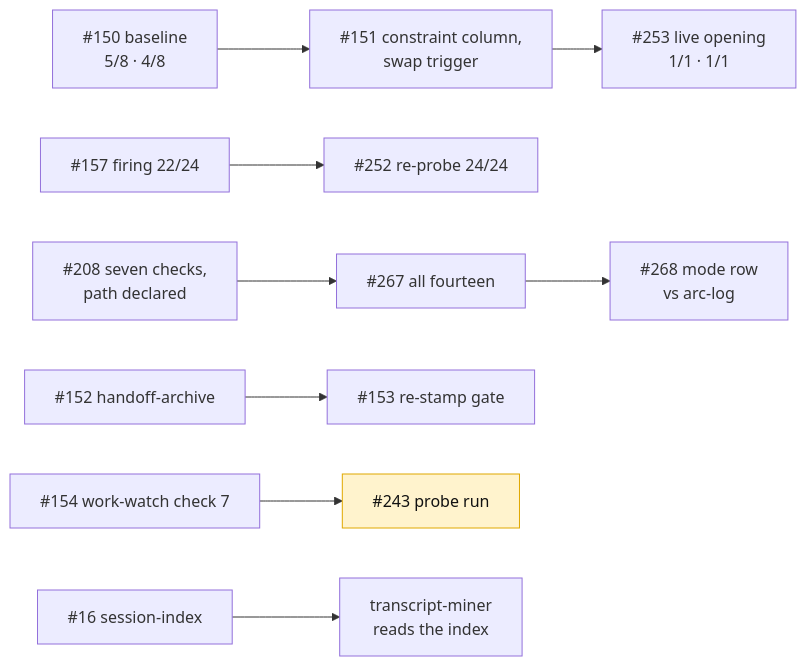
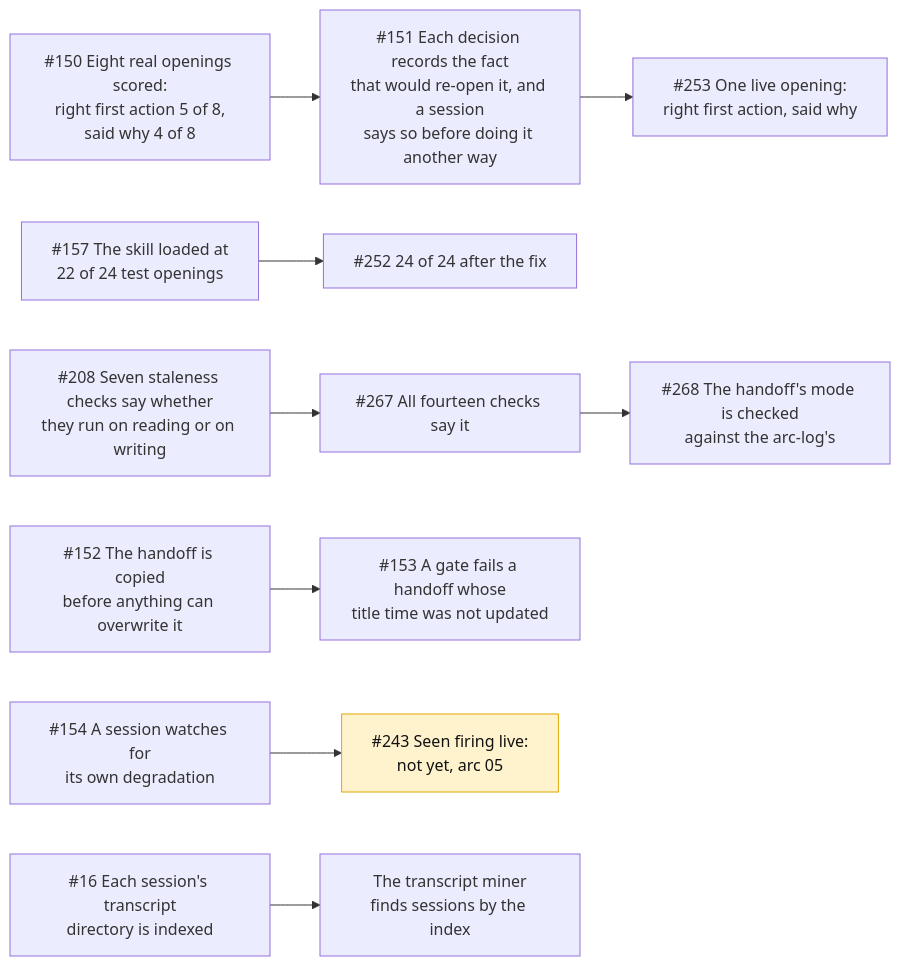
Before and after one commit to Calyx-Engineering/arc: the fifth of 7 diagrams in docs/arc-log/arc-04-dogfood.md, drawn with Mermaid. The commit also changed other lines of this file and 1 other file, not shown here.

Commit message:
docs: Handoff's report links its workstream issue and names the m32 opt-out (#146)
The Workstream line links #146, and run-instructions' report shape carries
the link so the other reports inherit it. Item 8 says this published
repository ignores the session index (#320). Three lines that repeated the
report's own tables are cut, and the diagram's nodes read as sentences.
verify-report-budget: 6.4 Handoff 472 words, 8 passed.

````diff
--- a/docs/arc-log/arc-04-dogfood.md
+++ b/docs/arc-log/arc-04-dogfood.md
@@ -439,11 +436,11 @@
 ```mermaid
 flowchart LR
-    A["#150 baseline<br/>5/8 · 4/8"] --> B["#151 constraint column,<br/>swap trigger"]
-    B --> D["#253 live opening<br/>1/1 · 1/1"]
-    S["#157 firing 22/24"] --> R["#252 re-probe 24/24"]
-    E["#208 seven checks,<br/>path declared"] --> F["#267 all fourteen"] --> G["#268 mode row<br/>vs arc-log"]
-    C["#152 handoff-archive"] --> T["#153 re-stamp gate"]
-    W["#154 work-watch check 7"] --> P["#243 probe run"]:::blocked
-    X["#16 session-index"] --> M["transcript-miner<br/>reads the index"]
+    A["#150 Eight real openings scored:<br/>right first action 5 of 8,<br/>said why 4 of 8"] --> B["#151 Each decision records the fact<br/>that would re-open it, and a session<br/>says so before doing it another way"]
+    B --> D["#253 One live opening:<br/>right first action, said why"]
+    S["#157 The skill loaded at<br/>22 of 24 test openings"] --> R["#252 24 of 24 after the fix"]
+    E["#208 Seven staleness checks say whether<br/>they run on reading or on writing"] --> F["#267 All fourteen checks say it"] --> G["#268 The handoff's mode is checked<br/>against the arc-log's"]
+    C["#152 The handoff is copied<br/>before anything can overwrite it"] --> T["#153 A gate fails a handoff whose<br/>title time was not updated"]
+    W["#154 A session watches for<br/>its own degradation"] --> P["#243 Seen firing live:<br/>not yet, arc 05"]:::blocked
+    X["#16 Each session's transcript<br/>directory is indexed"] --> M["The transcript miner<br/>finds sessions by the index"]
     classDef blocked fill:#fff3cd,stroke:#e0a800,color:#111
 ```
````
